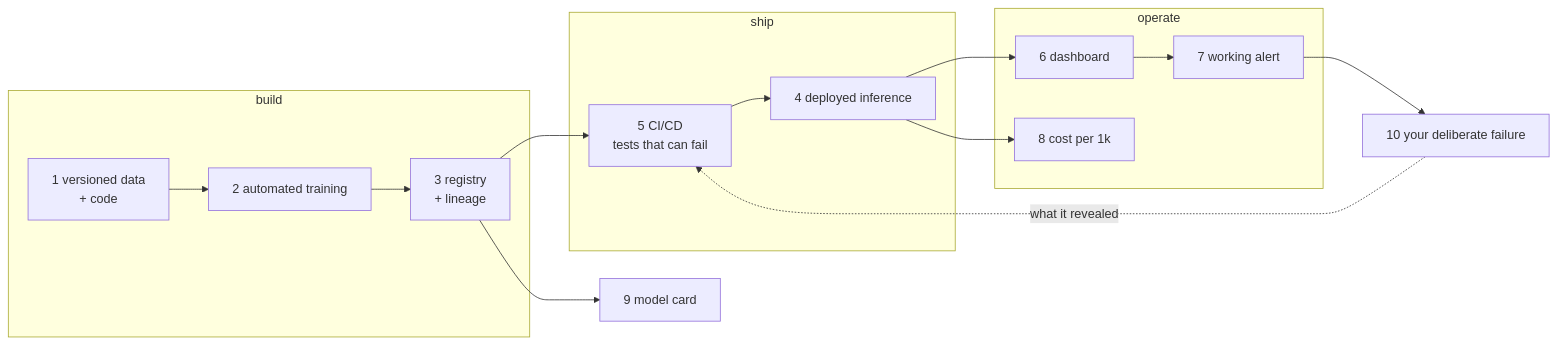
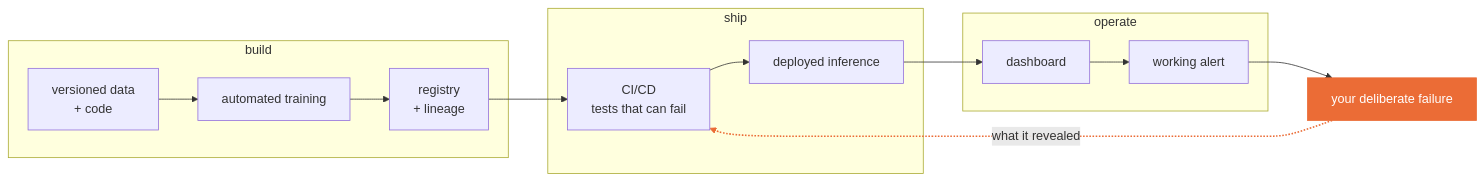
The diagram in course/project/project-brief.md (pasdptt/public_teaching_mlaiops), drawn with Mermaid before and after one commit. The commit also changed 2 other files, not shown here.

````diff
--- a/course/project/project-brief.md
+++ b/course/project/project-brief.md
@@ -30,16 +30,18 @@
 ```mermaid
 flowchart LR
     subgraph BUILD["build"]
-        D["1 versioned data<br>+ code"] --> T["2 automated training"] --> RG["3 registry<br>+ lineage"]
+        D["versioned data<br>+ code"] --> T["automated training"] --> RG["registry<br>+ lineage"]
     end
     subgraph SHIP["ship"]
-        RG --> CI["5 CI/CD<br>tests that can fail"] --> EP["4 deployed inference"]
+        RG --> CI["CI/CD<br>tests that can fail"] --> EP["deployed inference"]
     end
     subgraph RUN["operate"]
-        EP --> DASH["6 dashboard"] --> AL["7 working alert"]
-        EP --> COST["8 cost per 1k"]
+        EP --> DASH["dashboard"] --> AL["working alert"]
     end
-    AL --> FAIL["10 your deliberate failure"]
+    AL --> FAIL["your deliberate failure"]
     FAIL -.->|"what it revealed"| CI
-    RG --> MC["9 model card"]
+
+    classDef focus fill:#eb6c36,stroke:#eb6c36,color:#ffffff
+    class FAIL focus
+    linkStyle 7 stroke:#eb6c36,stroke-width:2px
 ```
````
